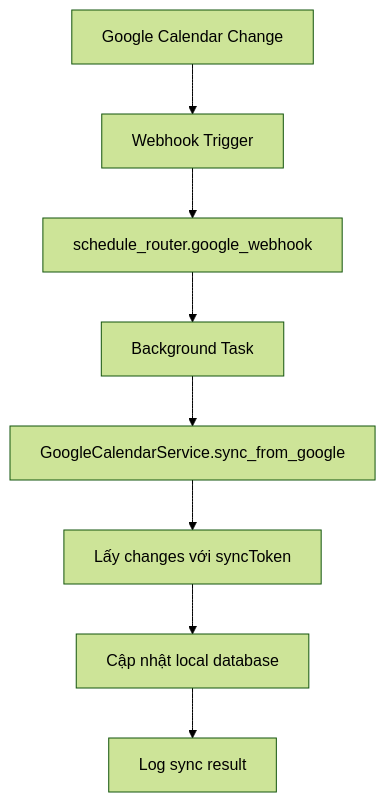
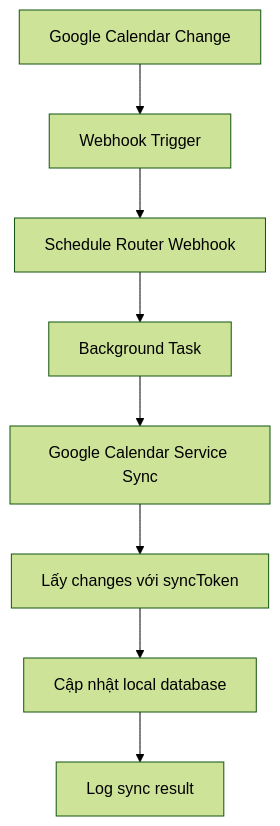
One commit to itsnayuta/AI-agent-2025 changed the second of 3 diagrams in documentation.md. Above: the diagram before and after it, drawn with Mermaid (forest theme). The commit also changed other lines of this file, not shown here.

````diff
--- a/documentation.md
+++ b/documentation.md
@@ -228,10 +228,10 @@
 ```mermaid
 graph TD
     A[Google Calendar Change] --> B[Webhook Trigger]
-    B --> C[schedule_router.google_webhook]
+    B --> C[Schedule Router Webhook]
     C --> D[Background Task]
-    D --> E[GoogleCalendarService.sync_from_google]
+    D --> E[Google Calendar Service Sync]
     E --> F[Lấy changes với syncToken]
     F --> G[Cập nhật local database]
     G --> H[Log sync result]
 ```
````
